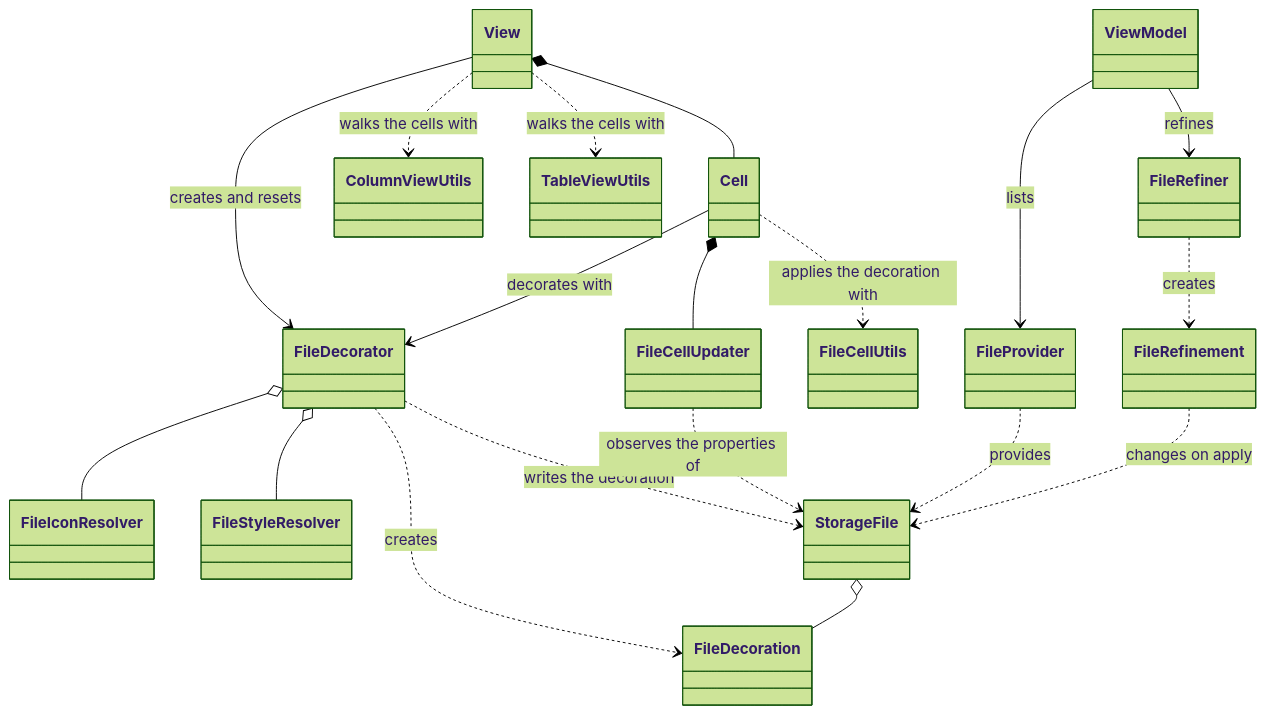
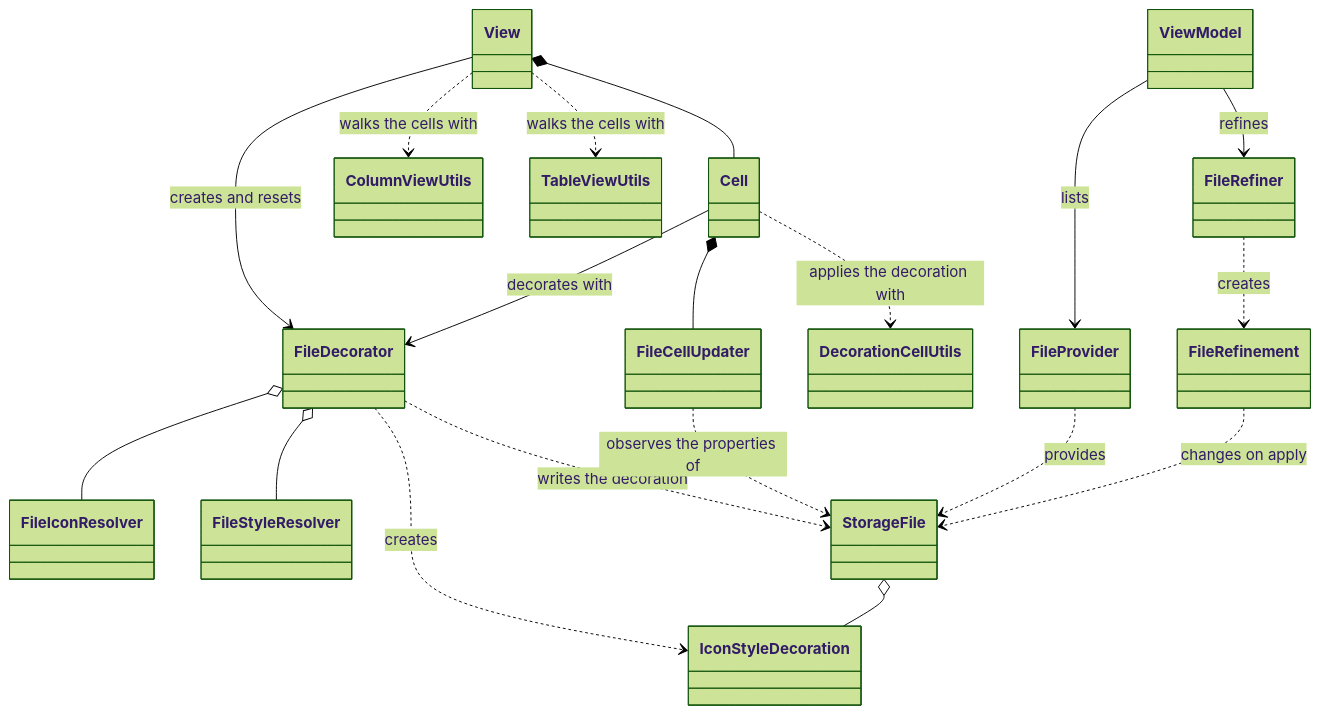
The third of 3 diagrams in README.md (techsenger/shellfx), drawn with Mermaid (forest theme) before and after one commit. The commit also changed other lines of this file and 19 other files, not shown here.

Commit message:
Add StorageDecorator

````diff
--- a/README.md
+++ b/README.md
@@ -1248,37 +1249,37 @@
 ```mermaid
 classDiagram
     class StorageFile
     class FileProvider
     class FileRefiner
     class FileRefinement
     class FileIconResolver
     class FileStyleResolver
-    class FileDecoration
+    class IconStyleDecoration
     class FileDecorator
     class FileCellUpdater
-    class FileCellUtils
+    class DecorationCellUtils
     class ColumnViewUtils
     class TableViewUtils
     class ViewModel
     class View
     class Cell
 
     ViewModel --> FileProvider : lists
     ViewModel --> FileRefiner : refines
     FileProvider ..> StorageFile : provides
     FileRefiner ..> FileRefinement : creates
     FileRefinement ..> StorageFile : changes on apply
     View --> FileDecorator : creates and resets
     View ..> ColumnViewUtils : walks the cells with
     View ..> TableViewUtils : walks the cells with
     FileDecorator o-- FileIconResolver
     FileDecorator o-- FileStyleResolver
-    FileDecorator ..> FileDecoration : creates
+    FileDecorator ..> IconStyleDecoration : creates
     FileDecorator ..> StorageFile : writes the decoration
-    StorageFile o-- FileDecoration
+    StorageFile o-- IconStyleDecoration
     View *-- Cell
     Cell --> FileDecorator : decorates with
     Cell *-- FileCellUpdater
-    Cell ..> FileCellUtils : applies the decoration with
+    Cell ..> DecorationCellUtils : applies the decoration with
     FileCellUpdater ..> StorageFile : observes the properties of
 ```
````
